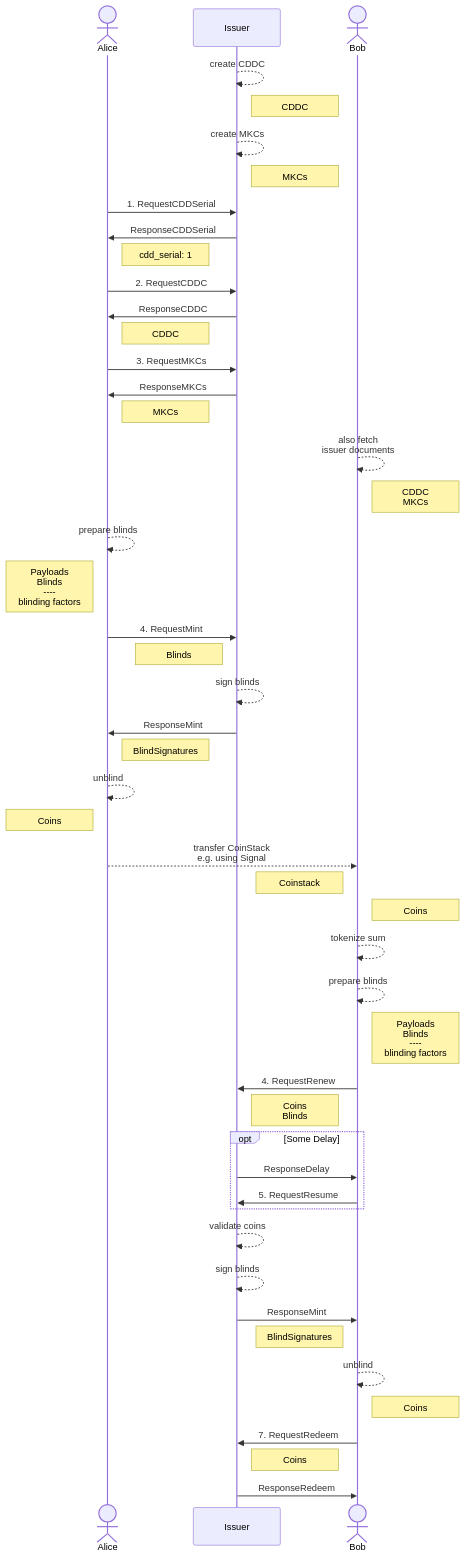
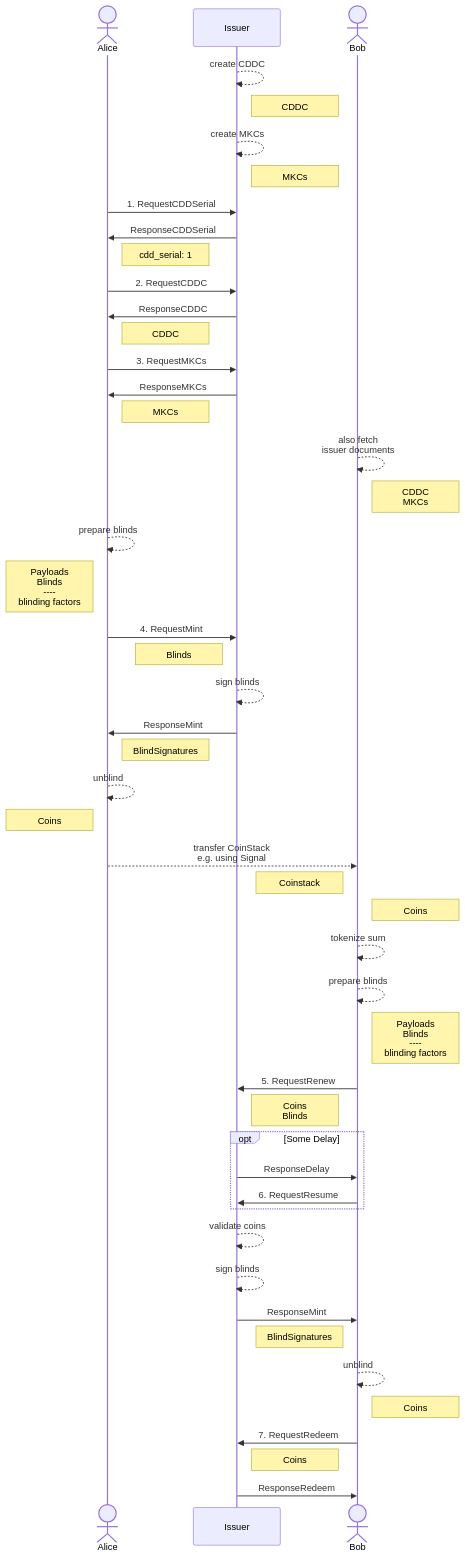
The second of 2 diagrams in v4/docs/overview.md (OpenCoin/opencoin-playground), drawn with Mermaid before and after one commit. The commit also changed other lines of this file and 2 other files, not shown here.

Commit message:
comparison of diagrams

````diff
--- a/v4/docs/overview.md
+++ b/v4/docs/overview.md
@@ -4,75 +19,72 @@
 ```mermaid
 sequenceDiagram
 actor alice as Alice
 participant issuer as Issuer
 actor bob as Bob
 
 issuer -->> issuer: create CDDC
 note right of issuer: CDDC
 issuer -->> issuer: create MKCs
 note right of issuer: MKCs
 
 
 alice->>issuer: 1. RequestCDDSerial
 issuer->>alice: ResponseCDDSerial
 note right of alice: cdd_serial: 1
 
 alice->>issuer: 2. RequestCDDC
 issuer->>alice:  ResponseCDDC
 note right of alice: CDDC
 
 alice->>issuer: 3. RequestMKCs
 issuer->>alice: ResponseMKCs
 note right of alice: MKCs
 
 bob-->>bob: also fetch<br> issuer documents
 note right of bob: CDDC<br>MKCs
 
 alice -->> alice: prepare blinds 
 note left of alice: Payloads<br>Blinds<br>----<br>blinding factors
 
 alice ->> issuer: 4. RequestMint
 note left of issuer: Blinds
 
 issuer -->> issuer: sign blinds
 
 issuer ->> alice: ResponseMint
 note right of alice: BlindSignatures
 
 alice -->> alice: unblind
 note left of alice: Coins
 
 alice -->> bob: transfer CoinStack<br>e.g. using Signal
 note left of bob: Coinstack
 note right of bob: Coins
 
 bob -->> bob: tokenize sum
 
 bob -->> bob: prepare blinds
 note right of bob: Payloads<br>Blinds<br>----<br>blinding factors
 
-bob ->> issuer: 4. RequestRenew
+bob ->> issuer: 5. RequestRenew
 note right of issuer: Coins<br>Blinds
 
 opt Some Delay
     issuer ->> bob: ResponseDelay
-    bob ->> issuer: 5. RequestResume
+    bob ->> issuer: 6. RequestResume
 end
 
 issuer-->>issuer: validate coins
 issuer -->> issuer: sign blinds
 issuer ->> bob: ResponseMint
 note left of bob: BlindSignatures
 
 bob -->> bob: unblind
 note right of bob: Coins
 
 bob ->> issuer: 7. RequestRedeem
 note right of issuer: Coins
 issuer->>bob: ResponseRedeem
 
 
-
-
-
 ```
````
